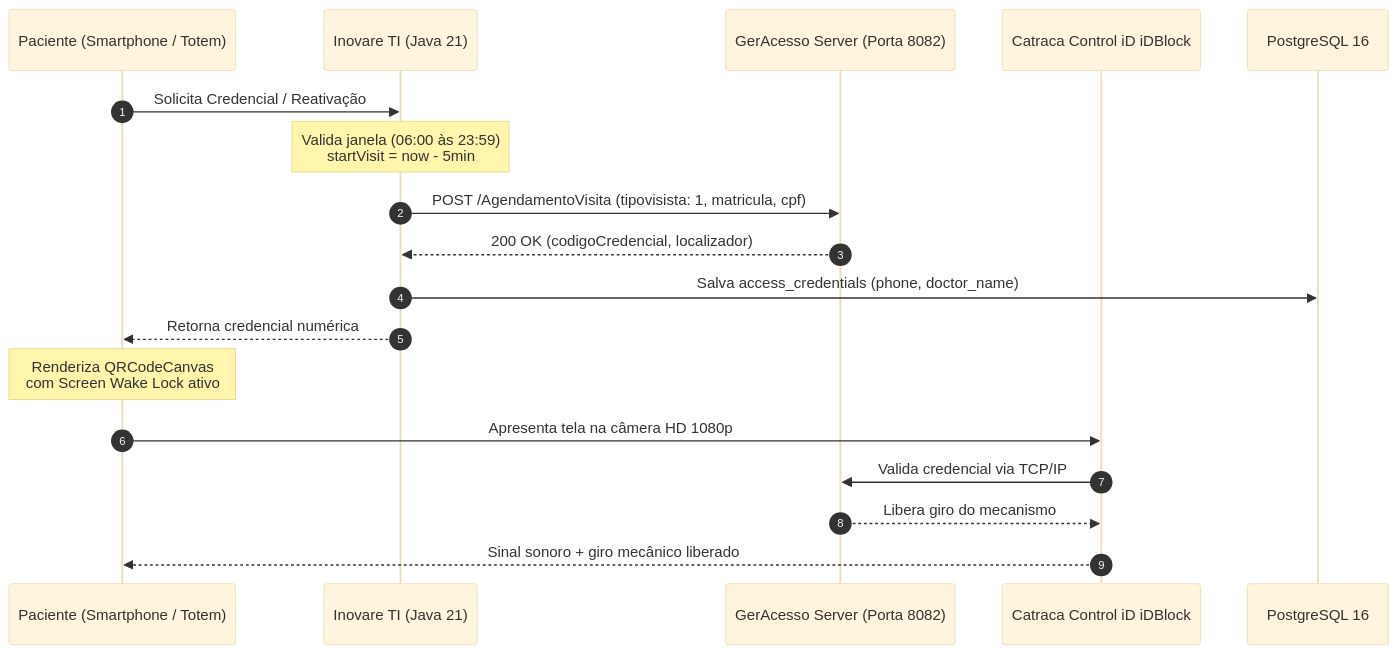
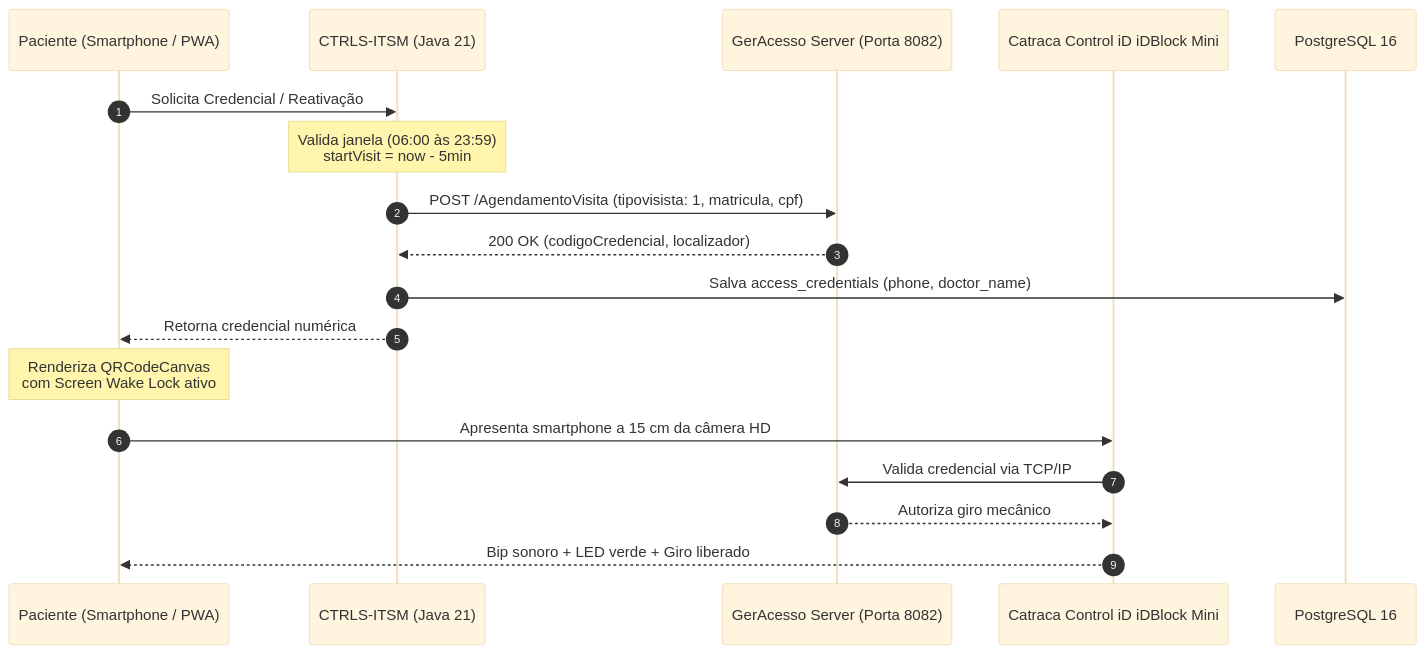
Before and after one commit to VictorGHss/CTRLS-ITSM: the third of 3 diagrams in docs/RELATORIO_DESENVOLVIMENTO_E_POSTMORTEM.md, drawn with Mermaid (base theme). The commit also changed other lines of this file, not shown here.

````diff
--- a/docs/RELATORIO_DESENVOLVIMENTO_E_POSTMORTEM.md
+++ b/docs/RELATORIO_DESENVOLVIMENTO_E_POSTMORTEM.md
@@ -97,21 +160,21 @@
 ```mermaid
 sequenceDiagram
     autonumber
-    participant P as Paciente (Smartphone / Totem)
-    participant API as Inovare TI (Java 21)
+    participant P as Paciente (Smartphone / PWA)
+    participant API as CTRLS-ITSM (Java 21)
     participant GA as GerAcesso Server (Porta 8082)
-    participant CAT as Catraca Control iD iDBlock
+    participant CAT as Catraca Control iD iDBlock Mini
     participant DB as PostgreSQL 16
 
     P->>API: Solicita Credencial / Reativação
     Note over API: Valida janela (06:00 às 23:59)<br/>startVisit = now - 5min
     API->>GA: POST /AgendamentoVisita (tipovisista: 1, matricula, cpf)
     GA-->>API: 200 OK (codigoCredencial, localizador)
     API->>DB: Salva access_credentials (phone, doctor_name)
     API-->>P: Retorna credencial numérica
     Note over P: Renderiza QRCodeCanvas<br/>com Screen Wake Lock ativo
-    P->>CAT: Apresenta tela na câmera HD 1080p
+    P->>CAT: Apresenta smartphone a 15 cm da câmera HD
     CAT->>GA: Valida credencial via TCP/IP
-    GA-->>CAT: Libera giro do mecanismo
-    CAT-->>P: Sinal sonoro + giro mecânico liberado
+    GA-->>CAT: Autoriza giro mecânico
+    CAT-->>P: Bip sonoro + LED verde + Giro liberado
 ```
````
